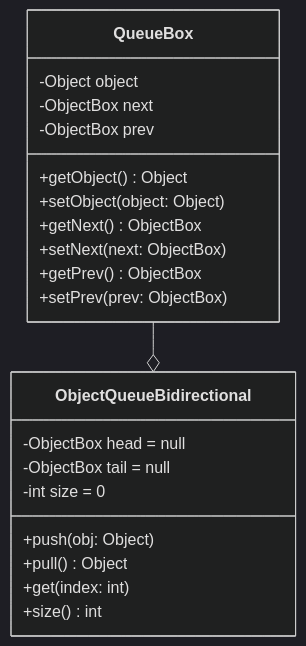
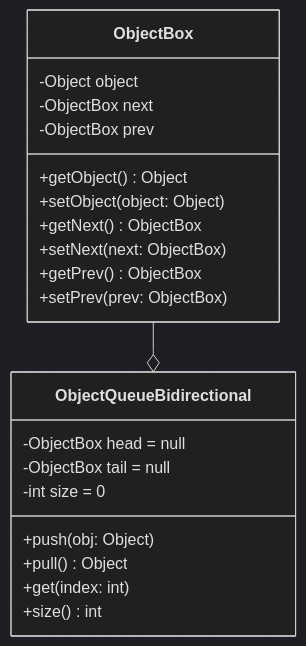
Before and after one commit to Serega1067/QueueJava: the third of 5 diagrams in README.md, drawn with Mermaid (dark theme).

````diff
--- a/README.md
+++ b/README.md
@@ -60,24 +60,24 @@
 ```mermaid
 classDiagram
-class QueueBox{
+class ObjectBox{
     -Object object
     -ObjectBox next
     -ObjectBox prev
     +getObject() Object
     +setObject(object: Object)
     +getNext() ObjectBox
     +setNext(next: ObjectBox)
     +getPrev() ObjectBox
     +setPrev(prev: ObjectBox)
 }
-QueueBox --o ObjectQueueBidirectional
+ObjectBox --o ObjectQueueBidirectional
 class ObjectQueueBidirectional{
     -ObjectBox head = null
     -ObjectBox tail = null
     -int size = 0
     +push(obj: Object)
     +pull() Object
     +get(index: int)
     +size() int
 }
 ```
````
